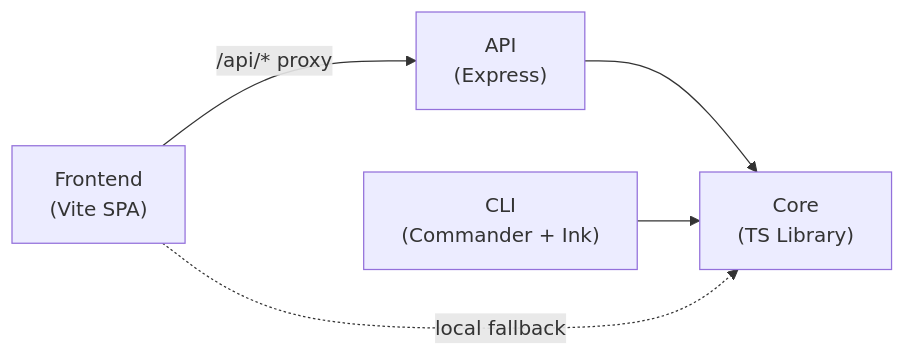
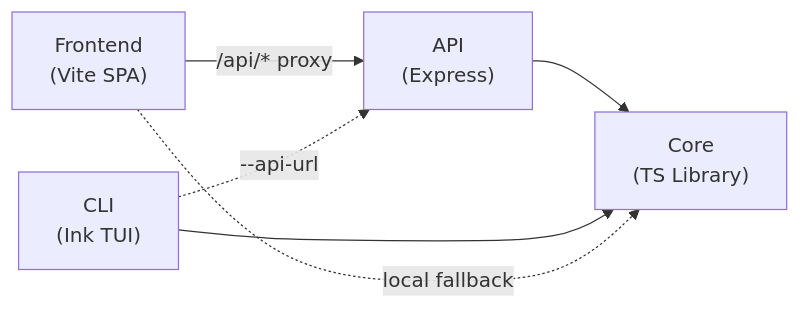
Before and after one commit to nurulizyansyaza/courier-service: the first of 7 diagrams in README.md, drawn with Mermaid. The commit also changed other lines of this file and 1 other file, not shown here.

````diff
--- a/README.md
+++ b/README.md
@@ -17,7 +17,8 @@
 ```mermaid
 graph LR
     Frontend["Frontend<br/>(Vite SPA)"] -->|"/api/* proxy"| API["API<br/>(Express)"]
     API --> Core["Core<br/>(TS Library)"]
-    CLI["CLI<br/>(Commander + Ink)"] --> Core
+    CLI["CLI<br/>(Ink TUI)"] --> Core
+    CLI -.->|"--api-url"| API
     Frontend -.->|"local fallback"| Core
 ```
````
